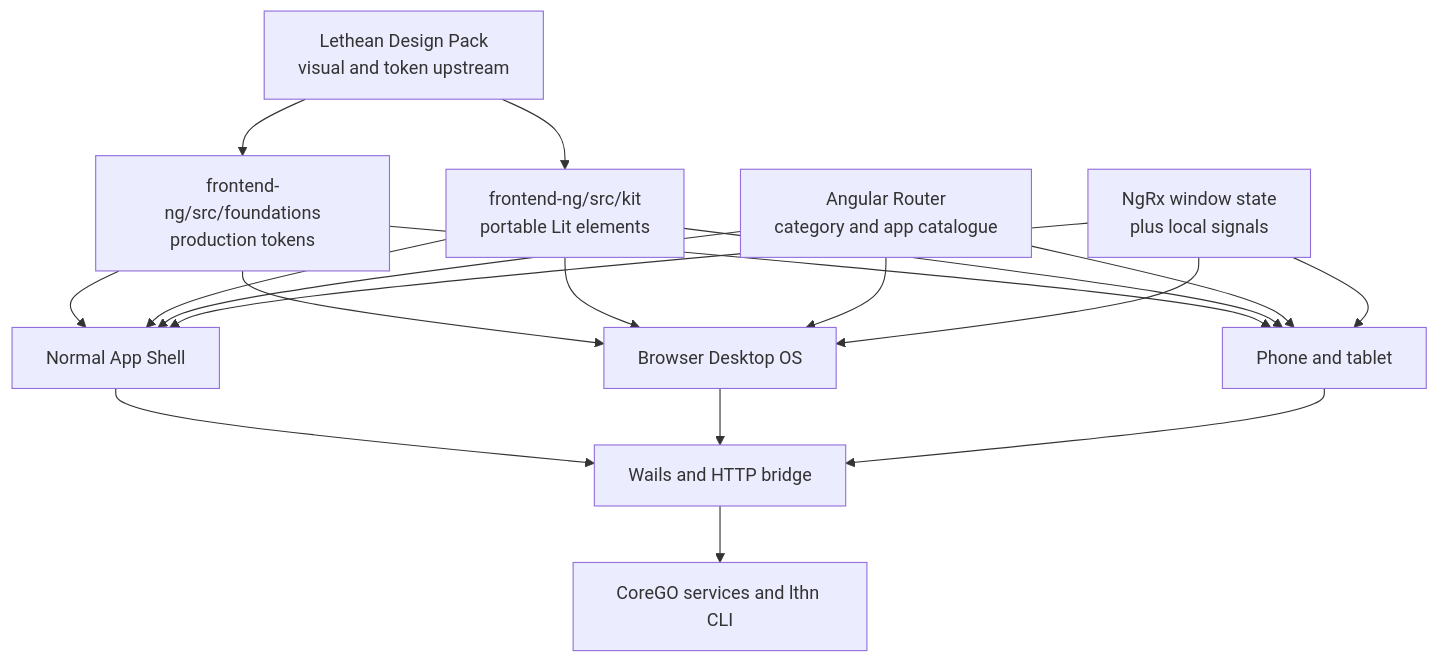
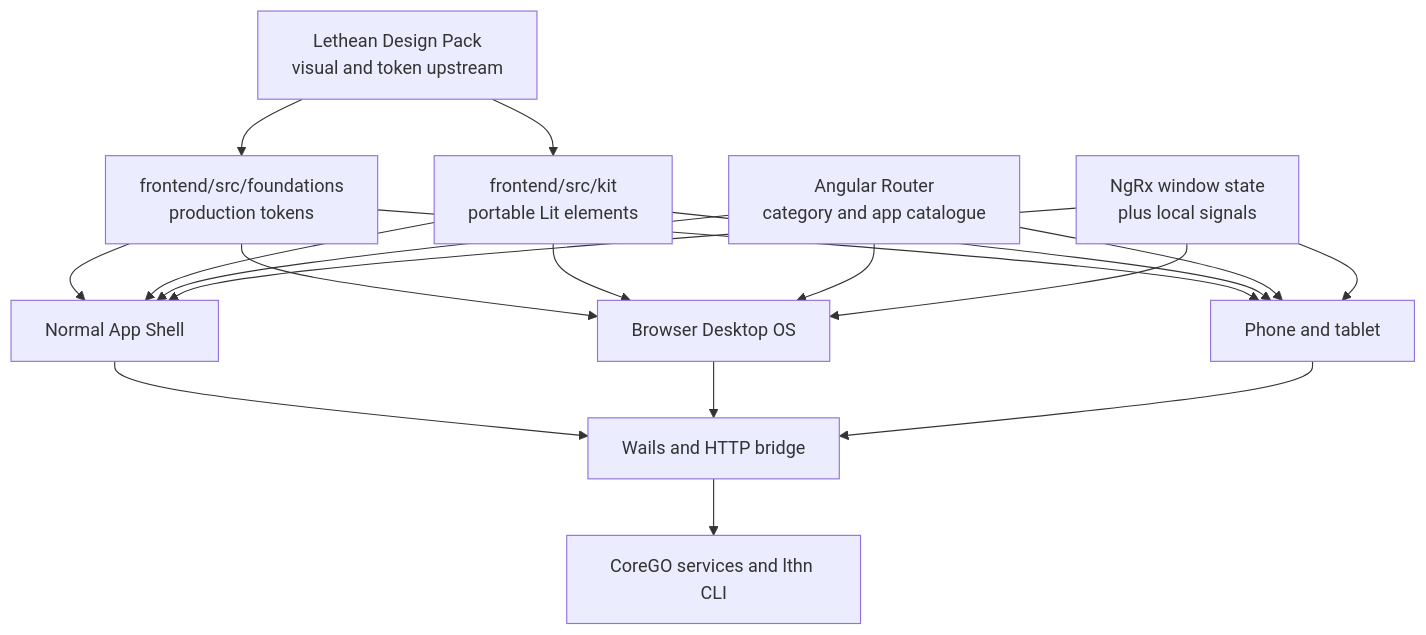
The diagram in docs/superpowers/specs/2026-07-25-frontend-convergence-design.md (LetheanNetwork/desktop), drawn with Mermaid before and after one commit. The commit also changed other lines of this file and 395 other files, not shown here.

````diff
--- a/docs/superpowers/specs/2026-07-25-frontend-convergence-design.md
+++ b/docs/superpowers/specs/2026-07-25-frontend-convergence-design.md
@@ -117,32 +117,32 @@
 ```mermaid
 flowchart TD
     Pack["Lethean Design Pack<br/>visual and token upstream"]
-    Foundations["frontend-ng/src/foundations<br/>production tokens"]
-    Kit["frontend-ng/src/kit<br/>portable Lit elements"]
+    Foundations["frontend/src/foundations<br/>production tokens"]
+    Kit["frontend/src/kit<br/>portable Lit elements"]
     Routes["Angular Router<br/>category and app catalogue"]
     State["NgRx window state<br/>plus local signals"]
     Shell["Normal App Shell"]
     Desktop["Browser Desktop OS"]
     Device["Phone and tablet"]
     Bridge["Wails and HTTP bridge"]
     Core["CoreGO services and lthn CLI"]
 
     Pack --> Foundations
     Pack --> Kit
     Foundations --> Shell
     Foundations --> Desktop
     Foundations --> Device
     Kit --> Shell
     Kit --> Desktop
     Kit --> Device
     Routes --> Shell
     Routes --> Desktop
     Routes --> Device
     State --> Shell
     State --> Desktop
     State --> Device
     Shell --> Bridge
     Desktop --> Bridge
     Device --> Bridge
     Bridge --> Core
 ```
````
